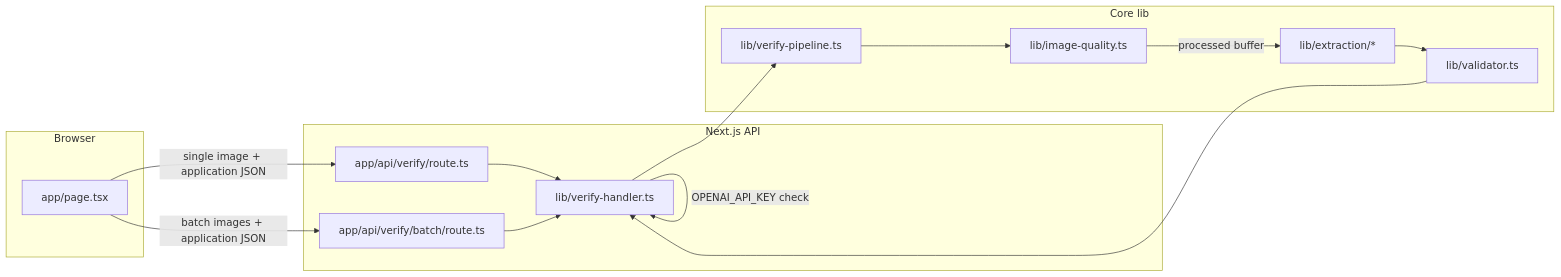
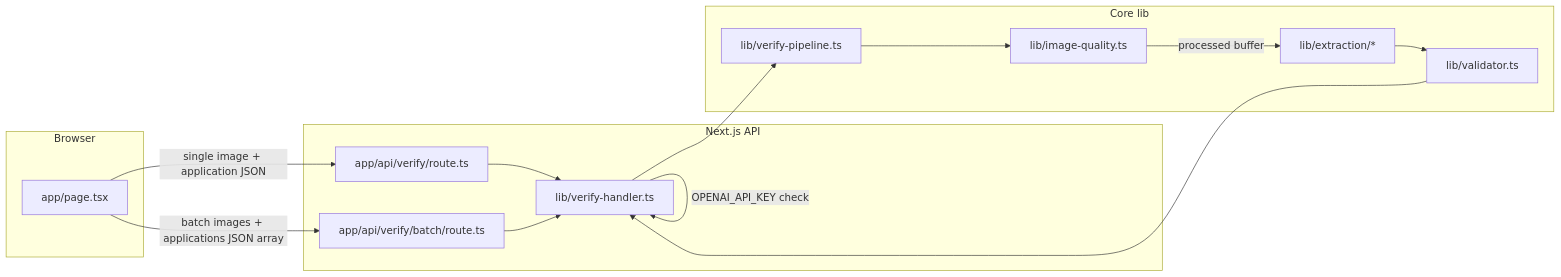
The first of 2 diagrams in docs/ARCHITECTURE.md (JWadeOn/ttb-alcohol-label-verifier), drawn with Mermaid before and after one commit. The commit also changed other lines of this file and 3 other files, not shown here.

First line of the commit message:
docs(submission): improve evaluator onboarding and align architecture docs

````diff
--- a/docs/ARCHITECTURE.md
+++ b/docs/ARCHITECTURE.md
@@ -27,27 +27,27 @@
 ```mermaid
 flowchart LR
   subgraph client [Browser]
     UI[app/page.tsx]
   end
   subgraph api [Next.js API]
     RouteSingle[app/api/verify/route.ts]
     RouteBatch[app/api/verify/batch/route.ts]
     Handler[lib/verify-handler.ts]
   end
   subgraph core [Core lib]
     Pipe[lib/verify-pipeline.ts]
     IQ[lib/image-quality.ts]
     Ext[lib/extraction/*]
     Val[lib/validator.ts]
   end
   UI -->|single image + application JSON| RouteSingle
-  UI -->|batch images + application JSON| RouteBatch
+  UI -->|batch images + applications JSON array| RouteBatch
   RouteSingle --> Handler
   RouteBatch --> Handler
   Handler -->|OPENAI_API_KEY check| Handler
   Handler --> Pipe
   Pipe --> IQ
   IQ -->|processed buffer| Ext
   Ext --> Val
   Val --> Handler
 ```
````
